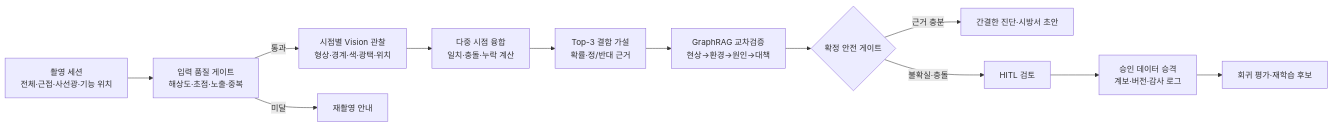
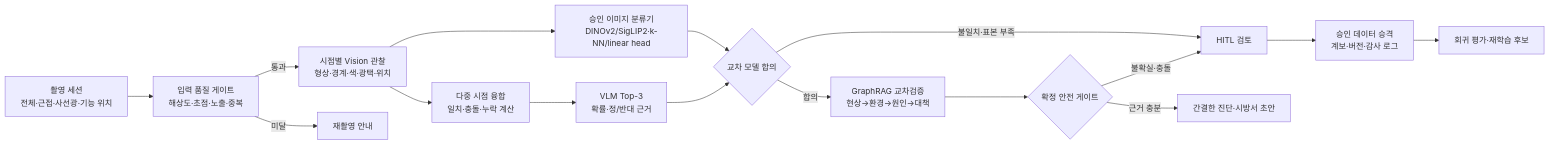
The diagram in docs/vision-diagnosis-advancement-plan.md (skyl0927/mold_master_ai), drawn with Mermaid before and after one commit. The commit also changed other lines of this file and 2 other files, not shown here.

````diff
--- a/docs/vision-diagnosis-advancement-plan.md
+++ b/docs/vision-diagnosis-advancement-plan.md
@@ -52,14 +56,18 @@
 ```mermaid
 flowchart LR
     A["촬영 세션<br/>전체·근접·사선광·기능 위치"] --> B["입력 품질 게이트<br/>해상도·초점·노출·중복"]
     B -->|통과| C["시점별 Vision 관찰<br/>형상·경계·색·광택·위치"]
     B -->|미달| R["재촬영 안내"]
     C --> D["다중 시점 융합<br/>일치·충돌·누락 계산"]
-    D --> E["Top-3 결함 가설<br/>확률·정/반대 근거"]
-    E --> F["GraphRAG 교차검증<br/>현상→환경→원인→대책"]
+    C --> V["승인 이미지 분류기<br/>DINOv2/SigLIP2·k-NN/linear head"]
+    D --> E["VLM Top-3<br/>확률·정/반대 근거"]
+    V --> X{"교차 모델 합의"}
+    E --> X
+    X -->|합의| F["GraphRAG 교차검증<br/>현상→환경→원인→대책"]
+    X -->|불일치·표본 부족| I
     F --> G{"확정 안전 게이트"}
     G -->|근거 충분| H["간결한 진단·시방서 초안"]
     G -->|불확실·충돌| I["HITL 검토"]
     I --> J["승인 데이터 승격<br/>계보·버전·감사 로그"]
     J --> K["회귀 평가·재학습 후보"]
 ```
````
